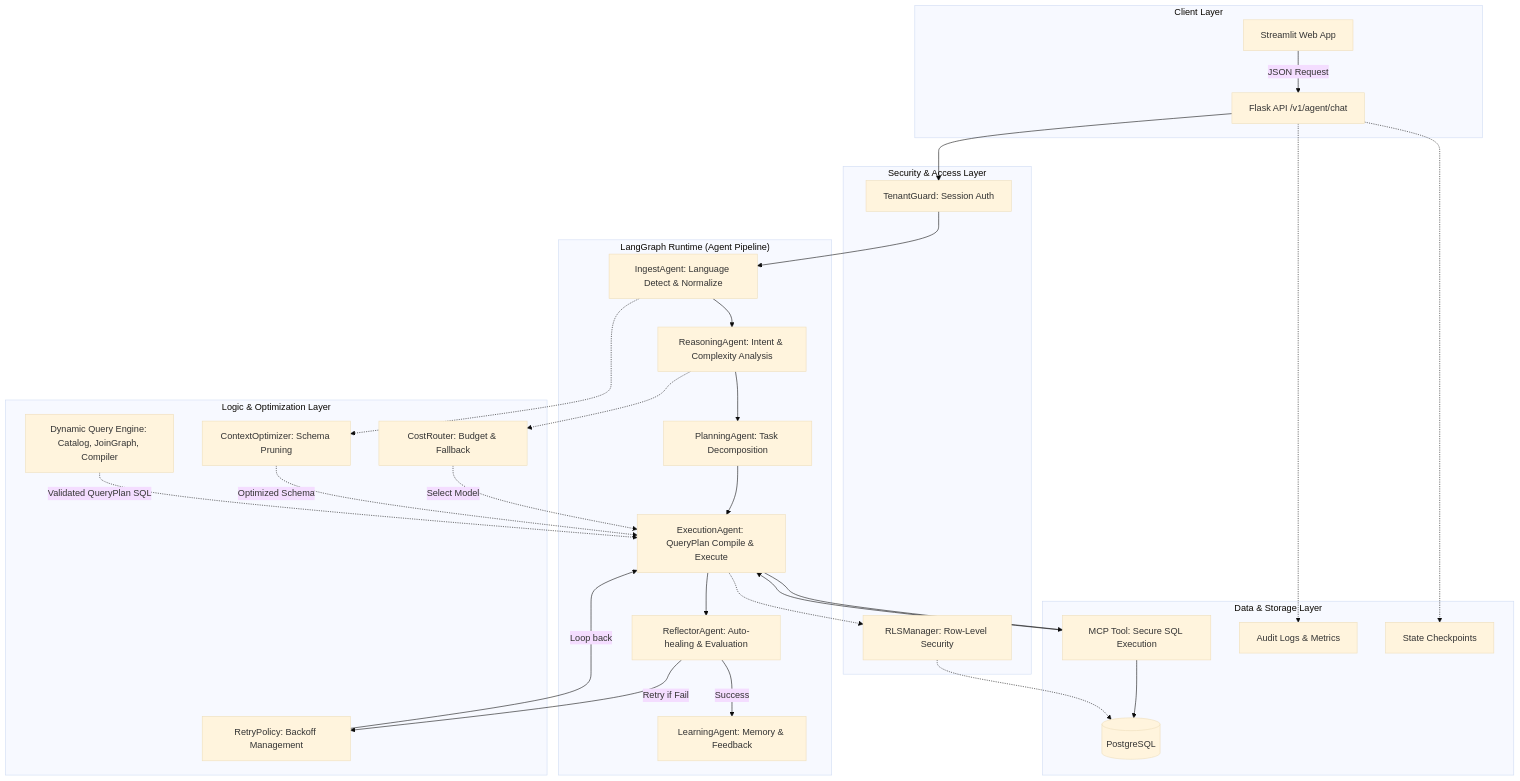
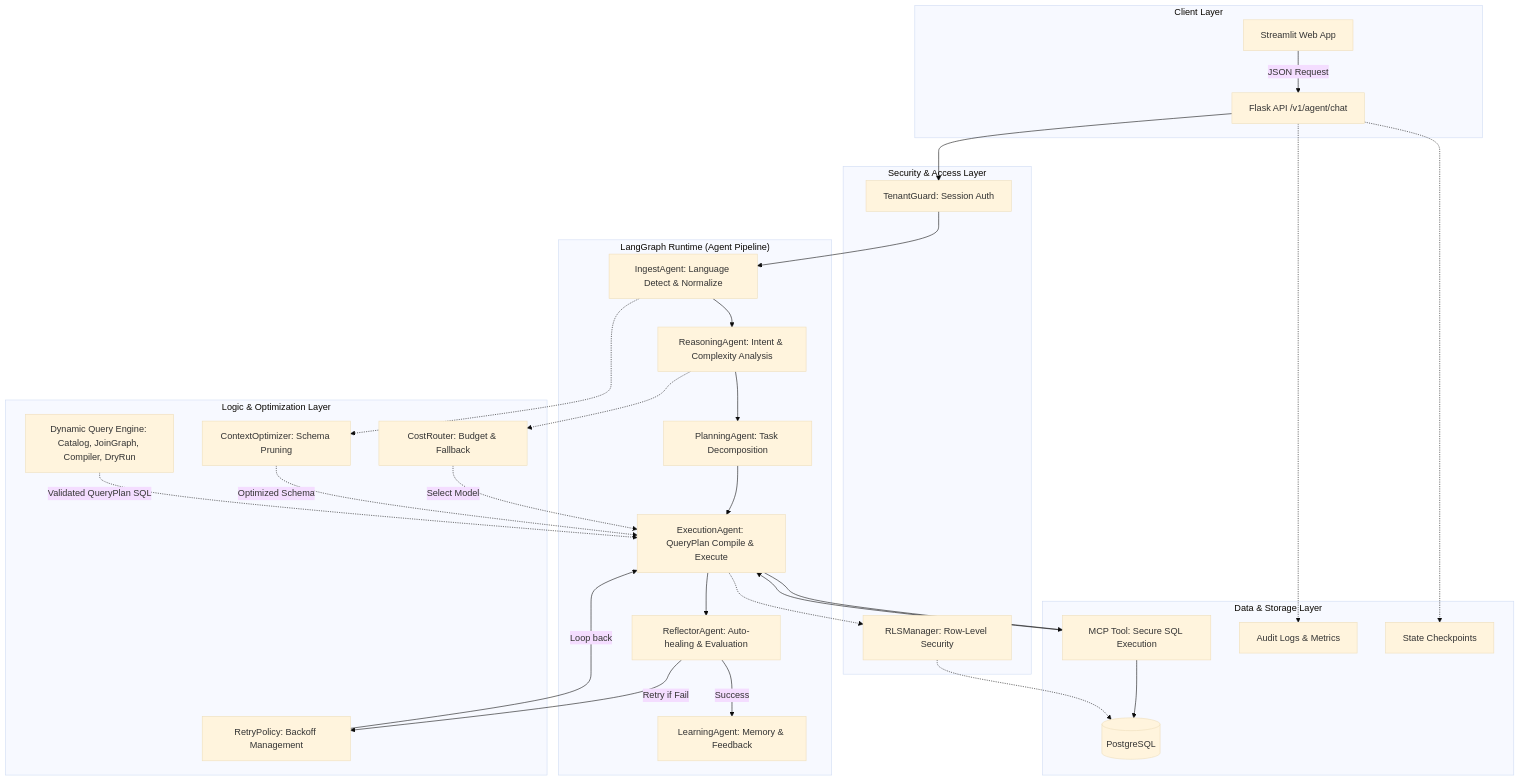
Before and after one commit to phunhph/agentic_ai_v2: the diagram in docs/ARCHITECTURE.md, drawn with Mermaid (base theme). The commit also changed other lines of this file and 11 other files, not shown here.

````diff
--- a/docs/ARCHITECTURE.md
+++ b/docs/ARCHITECTURE.md
@@ -11,61 +11,61 @@
 ```mermaid
 flowchart TD
     subgraph ClientLayer ["Client Layer"]
         UI[Streamlit Web App]
         API[Flask API /v1/agent/chat]
     end
 
     subgraph SecurityLayer ["Security & Access Layer"]
         TG[TenantGuard: Session Auth]
         RLS[RLSManager: Row-Level Security]
     end
 
     subgraph LangGraphRuntime ["LangGraph Runtime (Agent Pipeline)"]
         IA[IngestAgent: Language Detect & Normalize]
         RA[ReasoningAgent: Intent & Complexity Analysis]
         PA[PlanningAgent: Task Decomposition]
         EA[ExecutionAgent: QueryPlan Compile & Execute]
         RefA[ReflectorAgent: Auto-healing & Evaluation]
         LA[LearningAgent: Memory & Feedback]
     end
 
     subgraph LogicLayer ["Logic & Optimization Layer"]
         CR[CostRouter: Budget & Fallback]
         CO[ContextOptimizer: Schema Pruning]
-        QE[Dynamic Query Engine: Catalog, JoinGraph, Compiler]
+        QE[Dynamic Query Engine: Catalog, JoinGraph, Compiler, DryRun]
         RP[RetryPolicy: Backoff Management]
     end
 
     subgraph DataLayer ["Data & Storage Layer"]
         DB[(PostgreSQL)]
         MCP[MCP Tool: Secure SQL Execution]
         Audit[Audit Logs & Metrics]
         Checkpoint[State Checkpoints]
     end
 
     %% Flow
     UI -->|JSON Request| API
     API --> TG
     TG --> IA
     IA --> RA
     RA --> PA
     PA --> EA
     EA --> MCP
     MCP --> DB
     MCP --> EA
     EA --> RefA
     RefA -->|Retry if Fail| RP
     RP -->|Loop back| EA
     RefA -->|Success| LA
 
     %% Side tasks
     RA -.-> CR
     CR -.->|Select Model| EA
     IA -.-> CO
     CO -.->|Optimized Schema| EA
     QE -.->|Validated QueryPlan SQL| EA
     EA -.-> RLS
     RLS -.-> DB
     API -.-> Audit
     API -.-> Checkpoint
 ```
````
